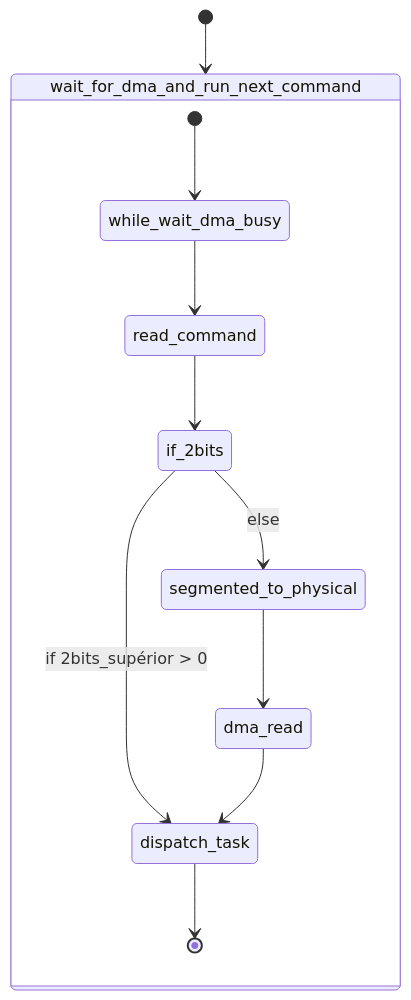
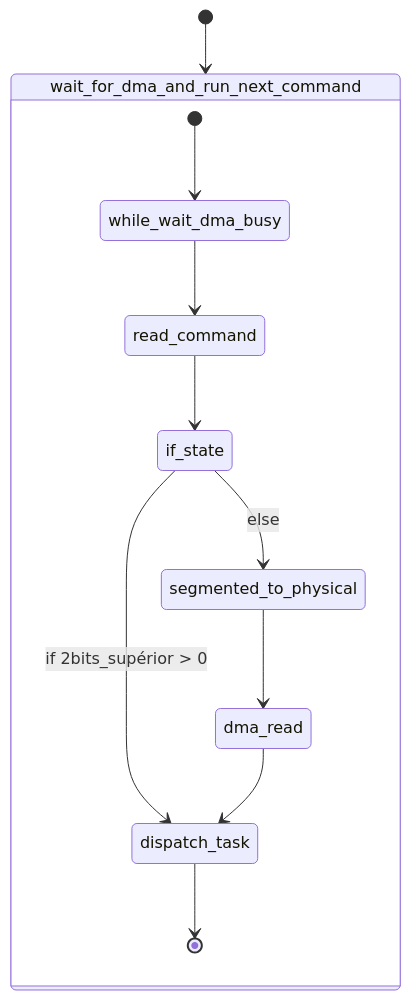
Before and after one commit to coco875/f3dex: the diagram in graph.md, drawn with Mermaid.

````diff
--- a/graph.md
+++ b/graph.md
@@ -3,15 +3,15 @@
 ```mermaid
 stateDiagram-v2
     [*] --> wait_for_dma_and_run_next_command
 
     State wait_for_dma_and_run_next_command {
         [*] --> while_wait_dma_busy
         while_wait_dma_busy --> read_command
-        read_command --> if_2bits
-        if_2bits --> dispatch_task: if 2bits_supérior > 0
-        if_2bits --> segmented_to_physical: else
+        read_command --> if_state
+        if_state --> dispatch_task: if 2bits_supérior > 0
+        if_state --> segmented_to_physical: else
         segmented_to_physical --> dma_read
         dma_read --> dispatch_task
         dispatch_task --> [*]
     }
 ```
````
